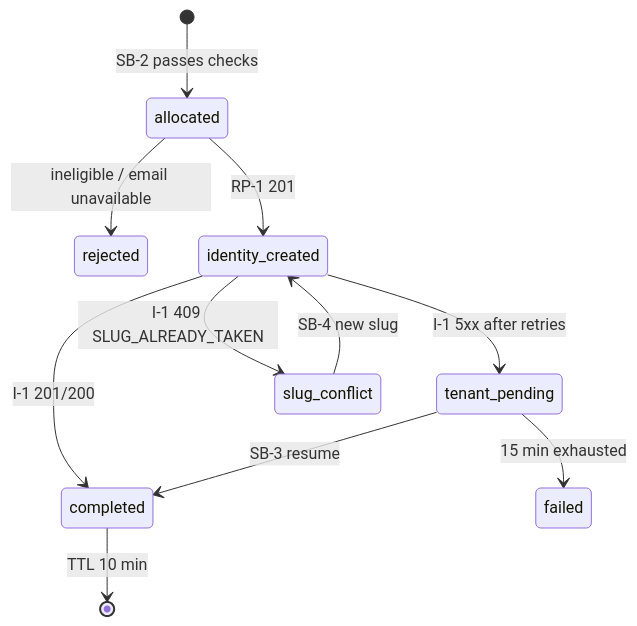
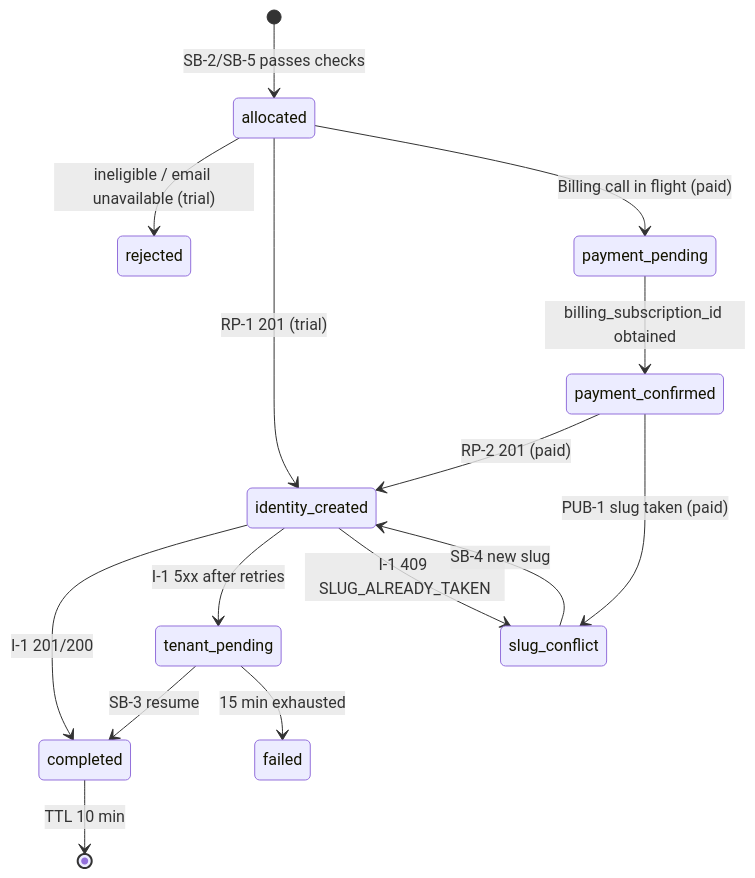
One commit to BCBP-SOLUTIONS-FZC-LLC/bff-signup changed the third of 3 diagrams in ARCHITECTURE.md. Above: the diagram before and after it, drawn with Mermaid. The commit also changed other lines of this file and 20 other files, not shown here.

First line of the commit message:
feat(bff-signup): wire Phase 1.5 direct-paid signup stub (LLD §19)

````diff
--- a/ARCHITECTURE.md
+++ b/ARCHITECTURE.md
@@ -127,13 +127,23 @@
 ```mermaid
 stateDiagram-v2
-    [*] --> allocated : SB-2 passes checks
-    allocated --> rejected : ineligible / email unavailable
-    allocated --> identity_created : RP-1 201
+    [*] --> allocated : SB-2/SB-5 passes checks
+
+    %% Trial path (SB-2)
+    allocated --> rejected : ineligible / email unavailable (trial)
+    allocated --> identity_created : RP-1 201 (trial)
+
+    %% Paid path (SB-5, Phase 1.5 §19)
+    allocated --> payment_pending : Billing call in flight (paid)
+    payment_pending --> payment_confirmed : billing_subscription_id obtained
+    payment_confirmed --> identity_created : RP-2 201 (paid)
+    payment_confirmed --> slug_conflict : PUB-1 slug taken (paid)
+
+    %% Shared from identity_created
     identity_created --> completed : I-1 201/200
     identity_created --> tenant_pending : I-1 5xx after retries
     identity_created --> slug_conflict : I-1 409 SLUG_ALREADY_TAKEN
     tenant_pending --> completed : SB-3 resume
     tenant_pending --> failed : 15 min exhausted
     slug_conflict --> identity_created : SB-4 new slug
     completed --> [*] : TTL 10 min
 ```
````
